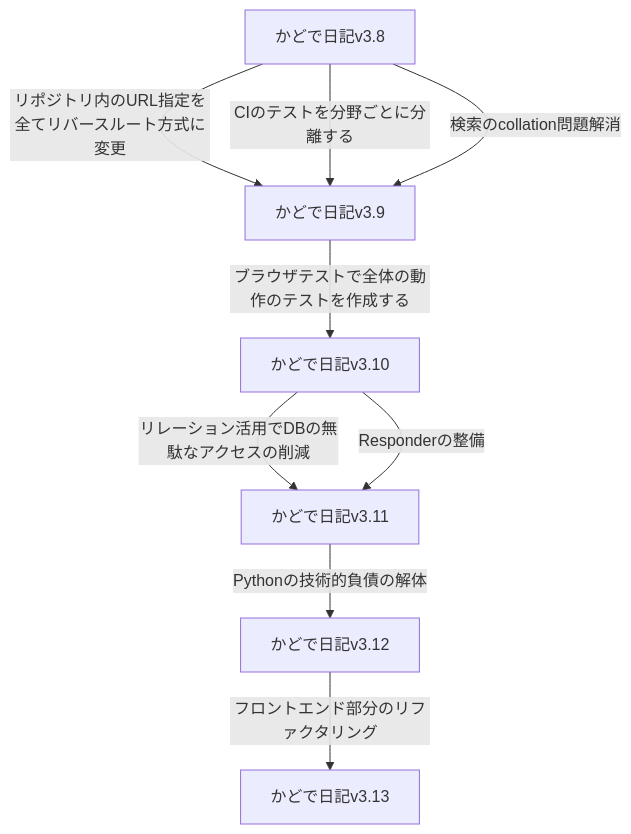
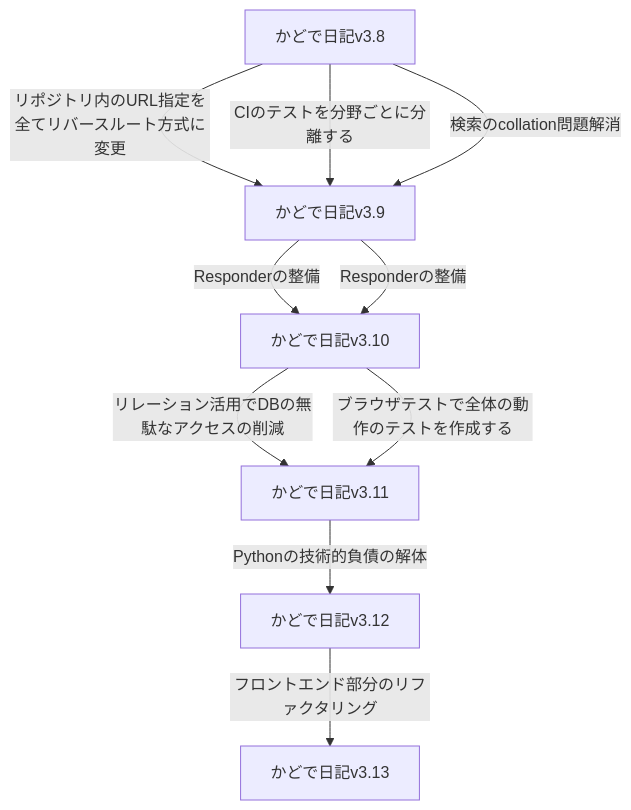
The diagram in README.md (KadodeProject/kadode_nikki3), drawn with Mermaid before and after one commit. The commit also changed other lines of this file, not shown here.

Commit message:
fix ロードマップ修正

````diff
--- a/README.md
+++ b/README.md
@@ -63,11 +63,12 @@
 ```mermaid
 flowchart TD
     D[かどで日記v3.8]-->|リポジトリ内のURL指定を全てリバースルート方式に変更|E[かどで日記v3.9]
     D-->|CIのテストを分野ごとに分離する|E
     D-->|検索のcollation問題解消|E
-    E-->|ブラウザテストで全体の動作のテストを作成する|E_F[かどで日記v3.10]
+    E-->|Responderの整備|E_F[かどで日記v3.10]
+    E-->|Responderの整備|E_F
     E_F-->|リレーション活用でDBの無駄なアクセスの削減|F[かどで日記v3.11]
-    E_F-->|Responderの整備|F
+    E_F-->|ブラウザテストで全体の動作のテストを作成する|F
     F-->|Pythonの技術的負債の解体|G[かどで日記v3.12]
     G-->|フロントエンド部分のリファクタリング|H[かどで日記v3.13]
 ```
````
